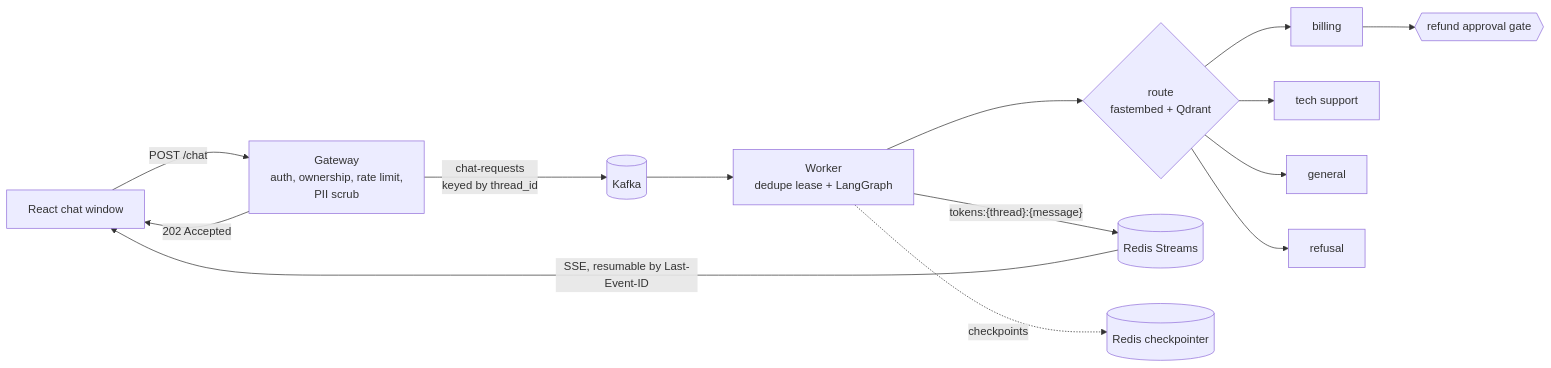
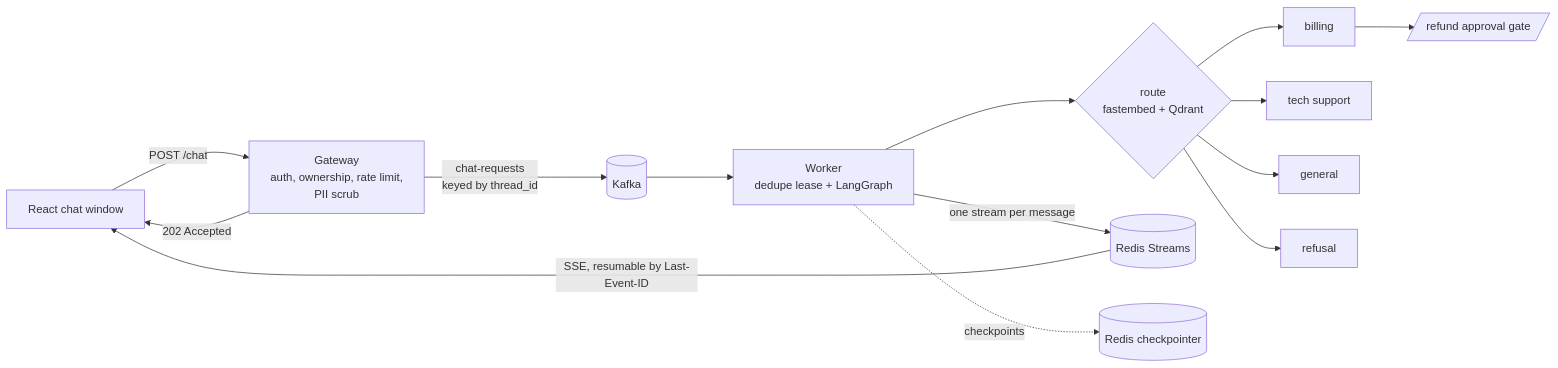
One commit to jayakumar-devaraj/jayakumar-devaraj.github.io changed the diagram in work/event-driven-chatbot.md. Above: the diagram before and after it, drawn with Mermaid.

Commit message:
Fix chatbot diagram that Liquid swallowed

````diff
--- a/work/event-driven-chatbot.md
+++ b/work/event-driven-chatbot.md
@@ -15,13 +15,16 @@
 ```mermaid
 flowchart LR
     C["React chat window"] -->|"POST /chat"| G["Gateway<br/>auth, ownership, rate limit,<br/>PII scrub"]
     G -->|"202 Accepted"| C
     G -->|"chat-requests<br/>keyed by thread_id"| K[("Kafka")]
     K --> W["Worker<br/>dedupe lease + LangGraph"]
     W --> R{"route<br/>fastembed + Qdrant"}
-    R --> B["billing"] & T["tech support"] & GEN["general"] & REF["refusal"]
-    B --> AP{{"refund approval gate"}}
-    W -->|"tokens:{thread}:{message}"| S[("Redis Streams")]
+    R --> B["billing"]
+    R --> T["tech support"]
+    R --> GEN["general"]
+    R --> REF["refusal"]
+    B --> AP[/"refund approval gate"/]
+    W -->|"one stream per message"| S[("Redis Streams")]
     W -.->|checkpoints| RC[("Redis checkpointer")]
     S -->|"SSE, resumable by Last-Event-ID"| C
 ```
````
